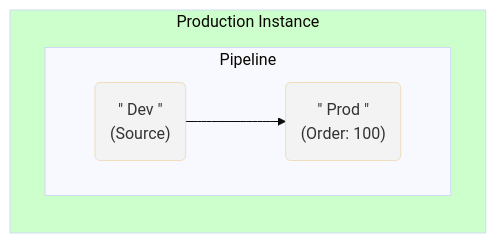
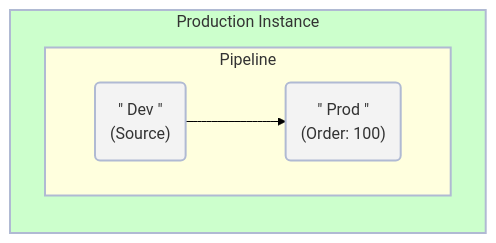
One commit to CreatorWorkflowsNow/lab-aemc-utah changed the second of 3 diagrams in docs/02-Implementation/01-Prod/140-prod-pipeline.md. Above: the diagram before and after it, drawn with Mermaid (base theme). The commit also changed other lines of this file and 54 other files, not shown here.

````diff
--- a/docs/02-Implementation/01-Prod/140-prod-pipeline.md
+++ b/docs/02-Implementation/01-Prod/140-prod-pipeline.md
@@ -41,16 +39,19 @@
 ``` mermaid
 graph LR
     subgraph Prod1["Production Instance"]
         subgraph Pipeline
             Dev("#quot; Dev #quot;
             (Source)")
             Prod("#quot; Prod #quot;
             (Order: 100)")
         end
     end
     Dev --> Prod
     class Prod1 prodStyle
     class Dev,Prod envStyle
-    classDef prodStyle fill:#CCFFCC;
-    classDef envStyle fill:#F3F3F3;
+    class Pipeline pipeStyle
+    classDef prodStyle fill:#CCFFCC,stroke:#B0BAD3,stroke-width:2px,color:#333,lineColor:#007bff;
+    classDef envStyle fill:#F3F3F3,stroke:#B0BAD3,stroke-width:2px,color:#333,lineColor:#007bff;
+    classDef pipeStyle fill:#FFFFDE,stroke:#B0BAD3,stroke-width:2px,color:#333,lineColor:#007bff;
+    linkStyle default stroke: black;
 ```
````
